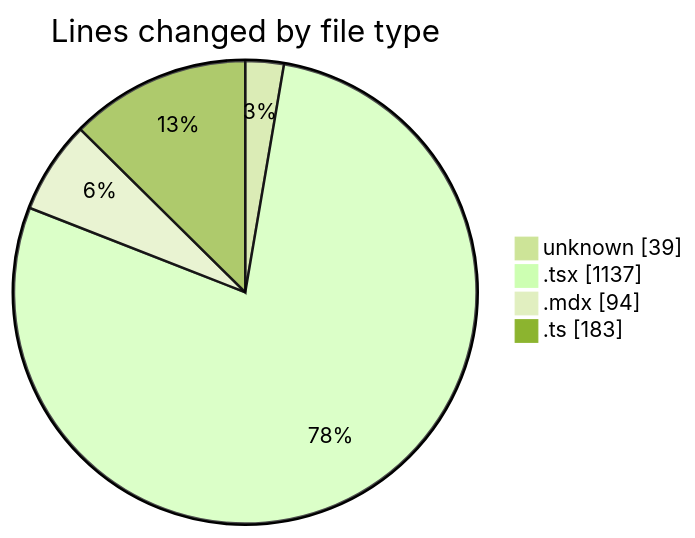
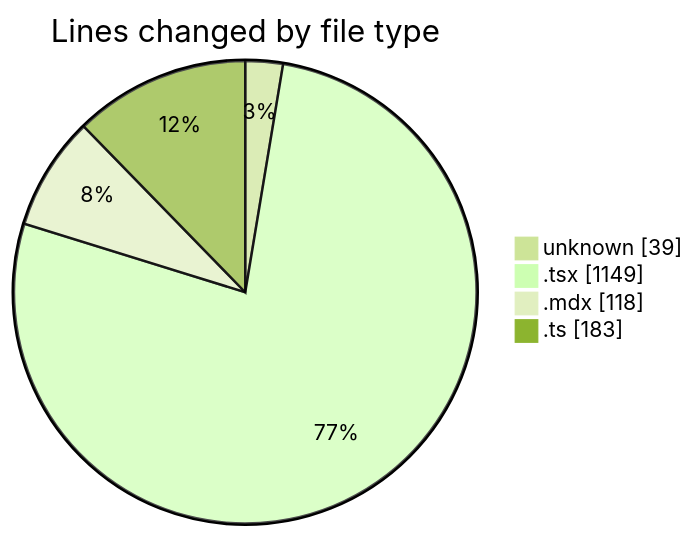
Before and after one commit to Elitesun/code-tracking: the first of 2 diagrams in 2025-05-24/elitesun/README.md, drawn with Mermaid (forest theme). The commit also changed other lines of this file and 1 other file, not shown here.

````diff
--- a/2025-05-24/elitesun/README.md
+++ b/2025-05-24/elitesun/README.md
@@ -33,8 +34,8 @@
 ```mermaid
 pie showData
 title Lines changed by file type
 "unknown" : 39
-".tsx" : 1137
-".mdx" : 94
+".tsx" : 1149
+".mdx" : 118
 ".ts" : 183
 ```
````
